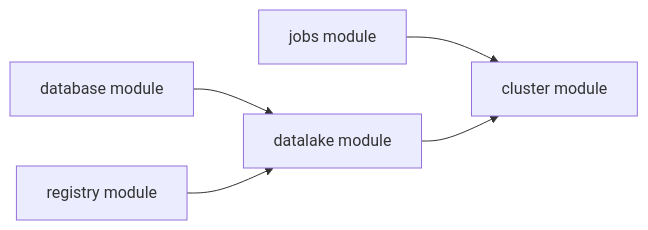
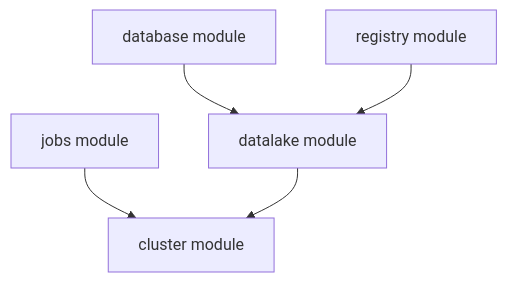
One commit to Mindtrace/mindtrace changed the sixth of 7 diagrams in docs/datalake-v3-proposal.md. Above: the diagram before and after it, drawn with Mermaid.

Commit message:
docs: make module dependency diagram vertical

````diff
--- a/docs/datalake-v3-proposal.md
+++ b/docs/datalake-v3-proposal.md
@@ -642,7 +642,11 @@
 ```mermaid
-flowchart LR
-    DB[database module] --> DL[datalake module]
-    REG[registry module] --> DL
+flowchart TD
+    DB[database module]
+    REG[registry module]
+
+    DB --> DL[datalake module]
+    REG --> DL
+
     JOBS[jobs module] --> CL[cluster module]
     DL --> CL
 ```
````
